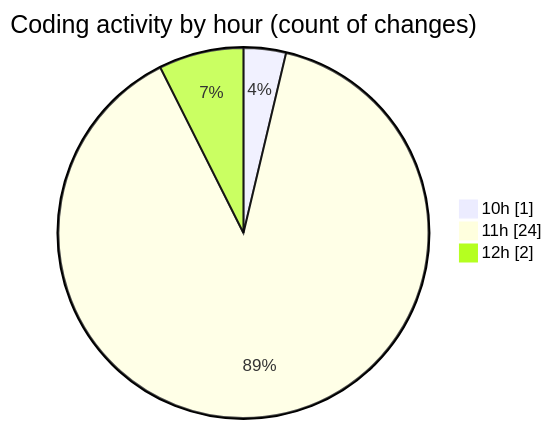
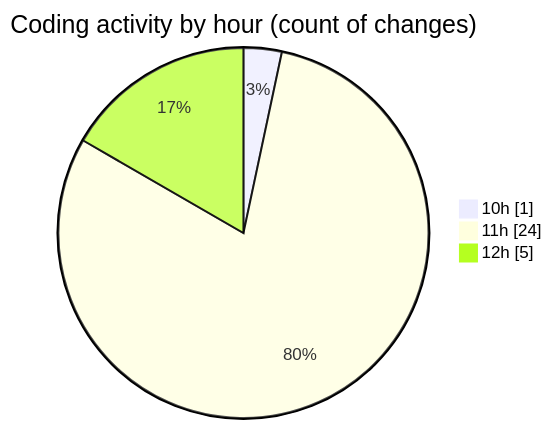
Before and after one commit to debugP/code-tracking: the second of 2 diagrams in 2025-10-03/untitled__workspace_/README.md, drawn with Mermaid. The commit also changed other lines of this file and 1 other file, not shown here.

````diff
--- a/2025-10-03/untitled__workspace_/README.md
+++ b/2025-10-03/untitled__workspace_/README.md
@@ -29,7 +29,7 @@
 ```mermaid
 pie showData
 title Coding activity by hour (count of changes)
 "10h" : 1
 "11h" : 24
-"12h" : 2
+"12h" : 5
 ```
````
